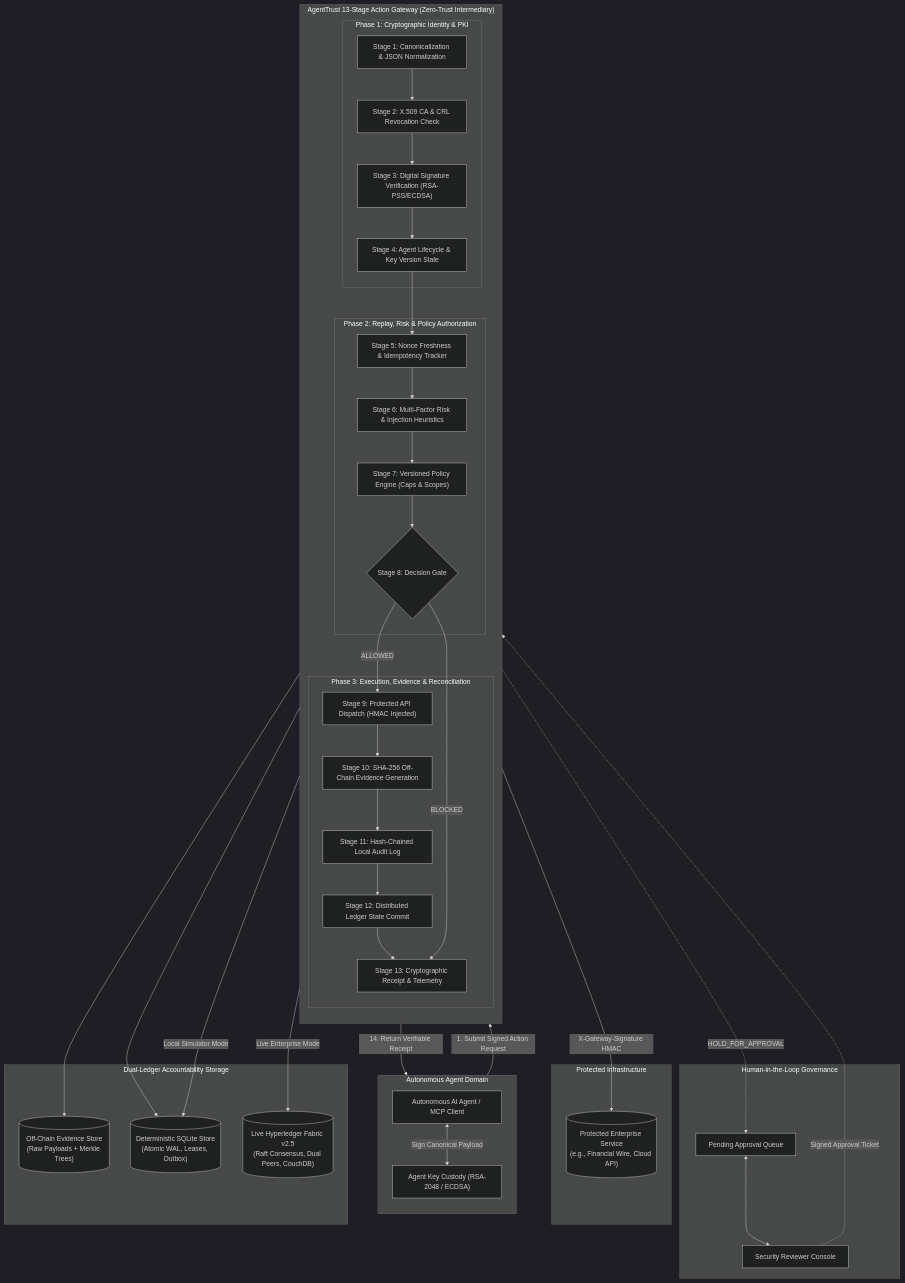
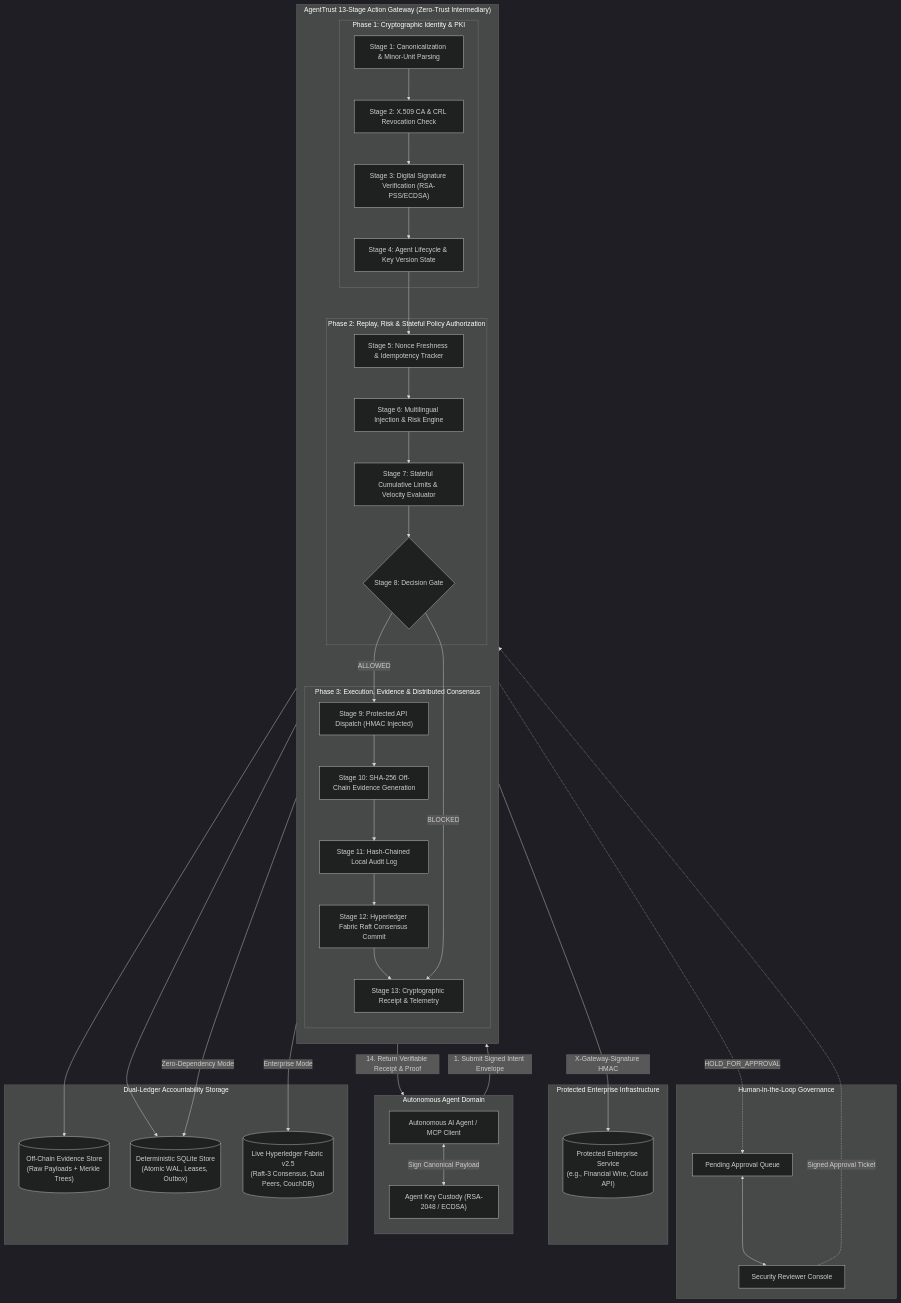
Before and after one commit to venkatesh0029/AgentTrust: the first of 2 diagrams in README.md, drawn with Mermaid (dark theme). The commit also changed other lines of this file, not shown here.

````diff
--- a/README.md
+++ b/README.md
@@ -93,68 +103,68 @@
 ```mermaid
 flowchart TB
     subgraph AgentDomain ["Autonomous Agent Domain"]
         direction TB
         Agent["Autonomous AI Agent / MCP Client"]
         KeyStore["Agent Key Custody (RSA-2048 / ECDSA)"]
         Agent <-->|Sign Canonical Payload| KeyStore
     end
 
     subgraph GatewayCore ["AgentTrust 13-Stage Action Gateway (Zero-Trust Intermediary)"]
         direction TB
         subgraph P1 ["Phase 1: Cryptographic Identity & PKI"]
-            S1["Stage 1: Canonicalization & JSON Normalization"]
+            S1["Stage 1: Canonicalization & Minor-Unit Parsing"]
             S2["Stage 2: X.509 CA & CRL Revocation Check"]
             S3["Stage 3: Digital Signature Verification (RSA-PSS/ECDSA)"]
             S4["Stage 4: Agent Lifecycle & Key Version State"]
             S1 --> S2 --> S3 --> S4
         end
 
-        subgraph P2 ["Phase 2: Replay, Risk & Policy Authorization"]
+        subgraph P2 ["Phase 2: Replay, Risk & Stateful Policy Authorization"]
             S5["Stage 5: Nonce Freshness & Idempotency Tracker"]
-            S6["Stage 6: Multi-Factor Risk & Injection Heuristics"]
-            S7["Stage 7: Versioned Policy Engine (Caps & Scopes)"]
+            S6["Stage 6: Multilingual Injection & Risk Engine"]
+            S7["Stage 7: Stateful Cumulative Limits & Velocity Evaluator"]
             S8{"Stage 8: Decision Gate"}
             S5 --> S6 --> S7 --> S8
         end
 
-        subgraph P3 ["Phase 3: Execution, Evidence & Reconciliation"]
+        subgraph P3 ["Phase 3: Execution, Evidence & Distributed Consensus"]
             S9["Stage 9: Protected API Dispatch (HMAC Injected)"]
             S10["Stage 10: SHA-256 Off-Chain Evidence Generation"]
             S11["Stage 11: Hash-Chained Local Audit Log"]
-            S12["Stage 12: Distributed Ledger State Commit"]
+            S12["Stage 12: Hyperledger Fabric Raft Consensus Commit"]
             S13["Stage 13: Cryptographic Receipt & Telemetry"]
             S9 --> S10 --> S11 --> S12 --> S13
         end
 
         S4 --> S5
         S8 -->|ALLOWED| S9
         S8 -->|BLOCKED| S13
     end
 
     subgraph Approvals ["Human-in-the-Loop Governance"]
         HoldQueue["Pending Approval Queue"]
         AdminConsole["Security Reviewer Console"]
         S8 -.->|HOLD_FOR_APPROVAL| HoldQueue
         HoldQueue <--> AdminConsole
         AdminConsole -.->|Signed Approval Ticket| S8
     end
 
-    subgraph Downstream ["Protected Infrastructure"]
+    subgraph Downstream ["Protected Enterprise Infrastructure"]
         ProtectedAPI[("Protected Enterprise Service\n(e.g., Financial Wire, Cloud API)")]
         S9 -->|X-Gateway-Signature HMAC| ProtectedAPI
     end
 
     subgraph Persistence ["Dual-Ledger Accountability Storage"]
         EvidenceStore[("Off-Chain Evidence Store\n(Raw Payloads + Merkle Trees)")]
         LocalLedger[("Deterministic SQLite Store\n(Atomic WAL, Leases, Outbox)")]
-        FabricLedger[("Live Hyperledger Fabric v2.5\n(Raft Consensus, Dual Peers, CouchDB)")]
+        FabricLedger[("Live Hyperledger Fabric v2.5\n(Raft-3 Consensus, Dual Peers, CouchDB)")]
         
         S10 --> EvidenceStore
         S11 --> LocalLedger
-        S12 -->|Local Simulator Mode| LocalLedger
-        S12 -->|Live Enterprise Mode| FabricLedger
+        S12 -->|Zero-Dependency Mode| LocalLedger
+        S12 -->|Enterprise Mode| FabricLedger
     end
 
-    Agent -->|1. Submit Signed Action Request| S1
-    S13 -->|14. Return Verifiable Receipt| Agent
+    Agent -->|1. Submit Signed Intent Envelope| S1
+    S13 -->|14. Return Verifiable Receipt & Proof| Agent
 ```
````
